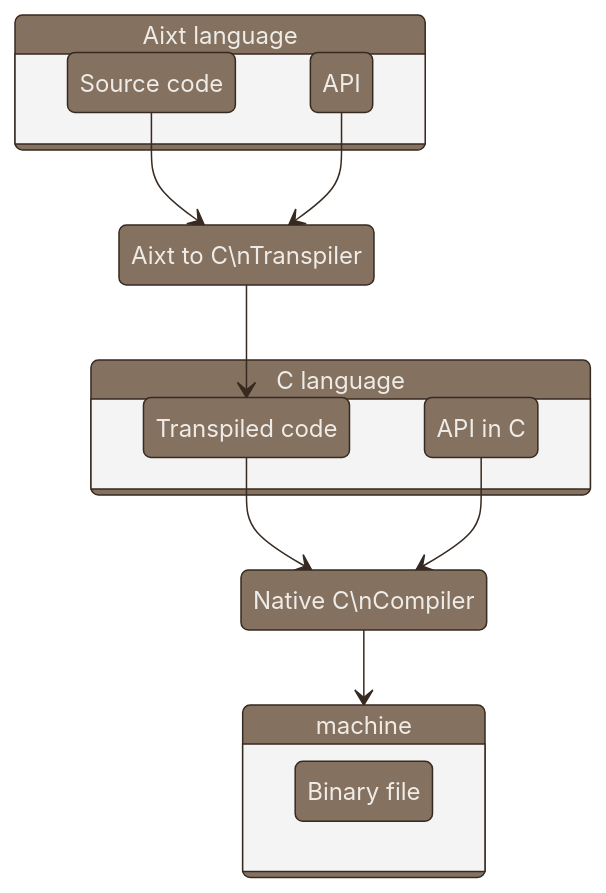
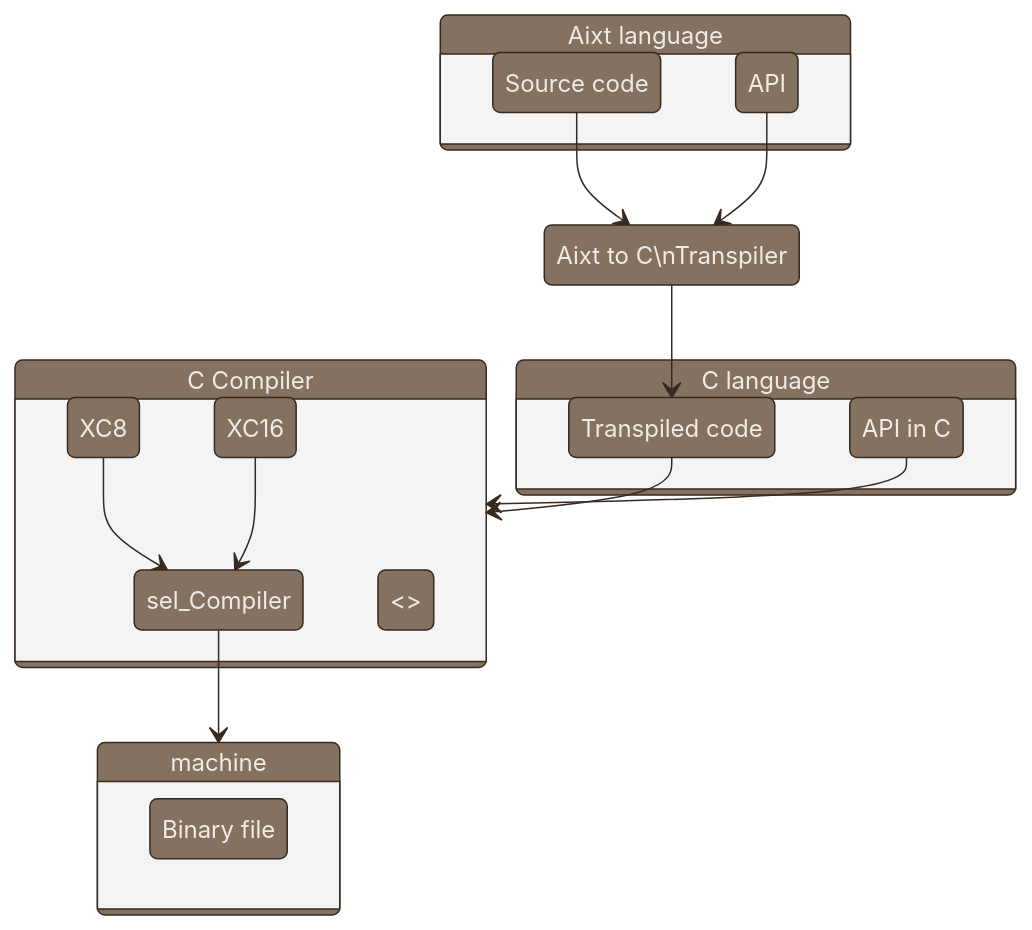
One commit to fermarsan/aixt changed the diagram in logo/Aixt diagram.md. Above: the diagram before and after it, drawn with Mermaid. The commit also changed other lines of this file, not shown here.

Commit message:
mermaid diagram

````diff
--- a/logo/Aixt diagram.md
+++ b/logo/Aixt diagram.md
@@ -42,47 +1,52 @@
 ```mermaid
 %%{ init: { 'theme': 'base', 
             'themeVariables': { 'primaryColor': '#847160',
                                 'secondaryColor': '#6f7c84',
                                 'primaryTextColor': '#efece7',
                                 'primaryBorderColor': '#372a21',
                                 'tertiaryTextColor': '#c3c2f',
                                 'tertiaryBorderColor': '#472a21',
                                 'lineColor': '#372a21'
                               }
           }
 }%%
 
 stateDiagram-v2
 
     Aixt: Aixt language
     state Aixt {
-        SC: Source code
+        source: Source code
         API
     }
 
     Aixt2C: Aixt to C\nTranspiler
 
     C: C language
     state C {
-        TC: Transpiled code
+        Tr_Code: Transpiled code
         API_C: API in C
     }
 
-    NC: Native C\nCompiler
+    C_Compiler: C Compiler
+    state C_Compiler {
+        sel_Compiler <<fork>>
+        XC8  --> sel_Compiler
+        XC16 --> sel_Compiler
+    }
     
     machine
     state machine {
         BF: Binary file
     }
     
-    SC      --> Aixt2C
+    source  --> Aixt2C
     API     --> Aixt2C 
-    Aixt2C  --> TC
+    Aixt2C  --> Tr_Code
 
-    TC      --> NC
-    API_C   --> NC
-    NC      --> machine
+    Tr_Code     --> C_Compiler
+    API_C       --> C_Compiler
+    sel_Compiler  --> machine
 
 %% general block diagram in mermaid.js
 %% converted in svg image by using https://mermaid.live/edit
 ```
````
